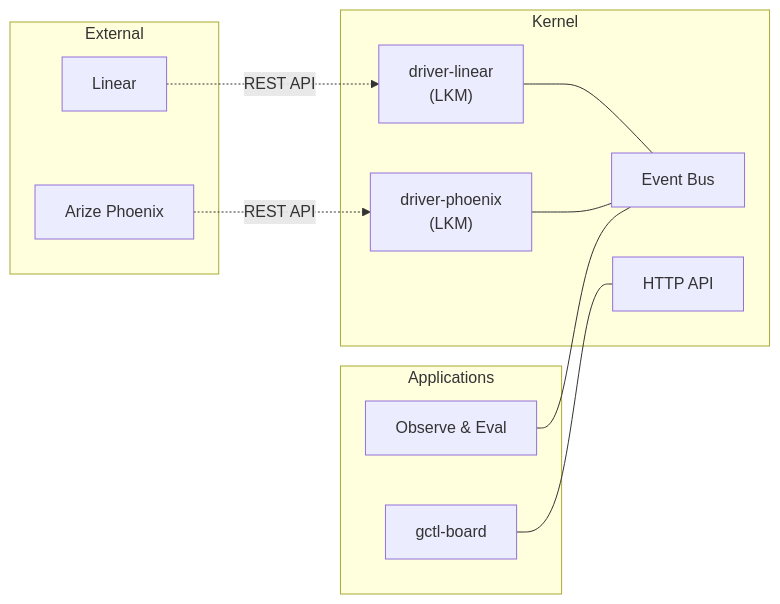
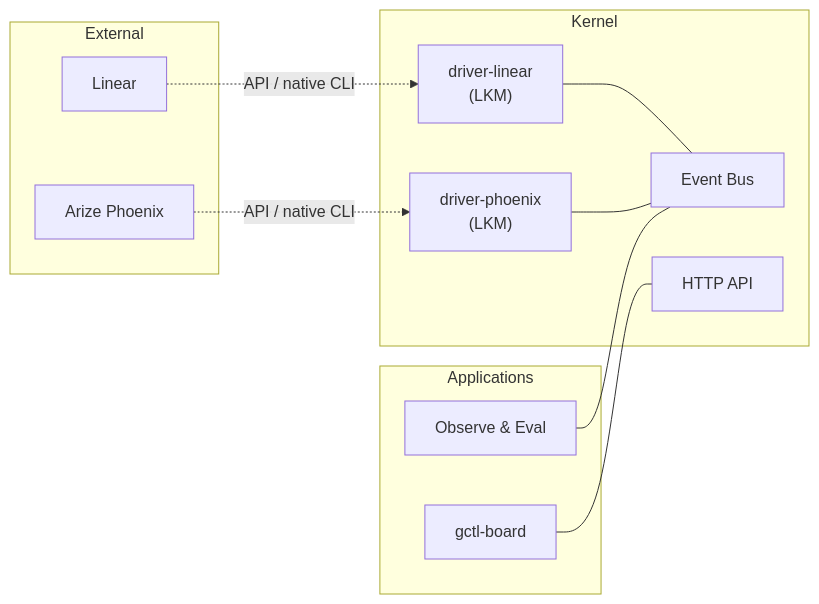
The fifth of 7 diagrams in specs/architecture/os.md (OpenHackersClub/gctrl), drawn with Mermaid before and after one commit. The commit also changed other lines of this file and 2 other files, not shown here.

First line of the commit message:
docs: driver-github delegates to native gh CLI with kernel caching + OTel

````diff
--- a/specs/architecture/os.md
+++ b/specs/architecture/os.md
@@ -358,26 +358,26 @@
 ```mermaid
 flowchart LR
   subgraph KernelSpace["Kernel"]
     Events["Event Bus"]
     Sockets["HTTP API"]
     DrvLinear["driver-linear<br/>(LKM)"]
     DrvPhoenix["driver-phoenix<br/>(LKM)"]
   end
 
   subgraph UserSpace["Applications"]
     Board["gctl-board"]
     Eval["Observe & Eval"]
   end
 
   subgraph External["External"]
     Linear["Linear"]
     Phoenix["Arize Phoenix"]
   end
 
-  Linear -.->|"REST API"| DrvLinear
-  Phoenix -.->|"REST API"| DrvPhoenix
+  Linear -.->|"API / native CLI"| DrvLinear
+  Phoenix -.->|"API / native CLI"| DrvPhoenix
   DrvLinear --- Events
   DrvPhoenix --- Events
   Board --- Sockets
   Eval --- Events
 ```
````
